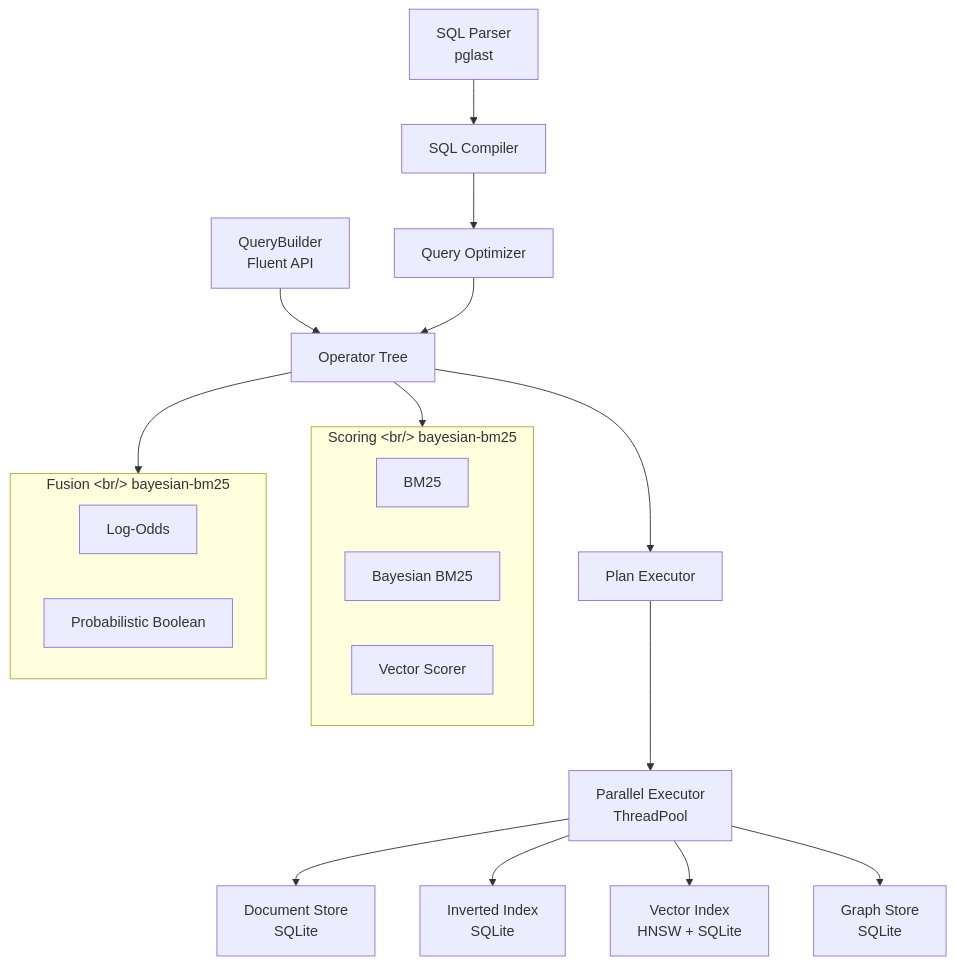
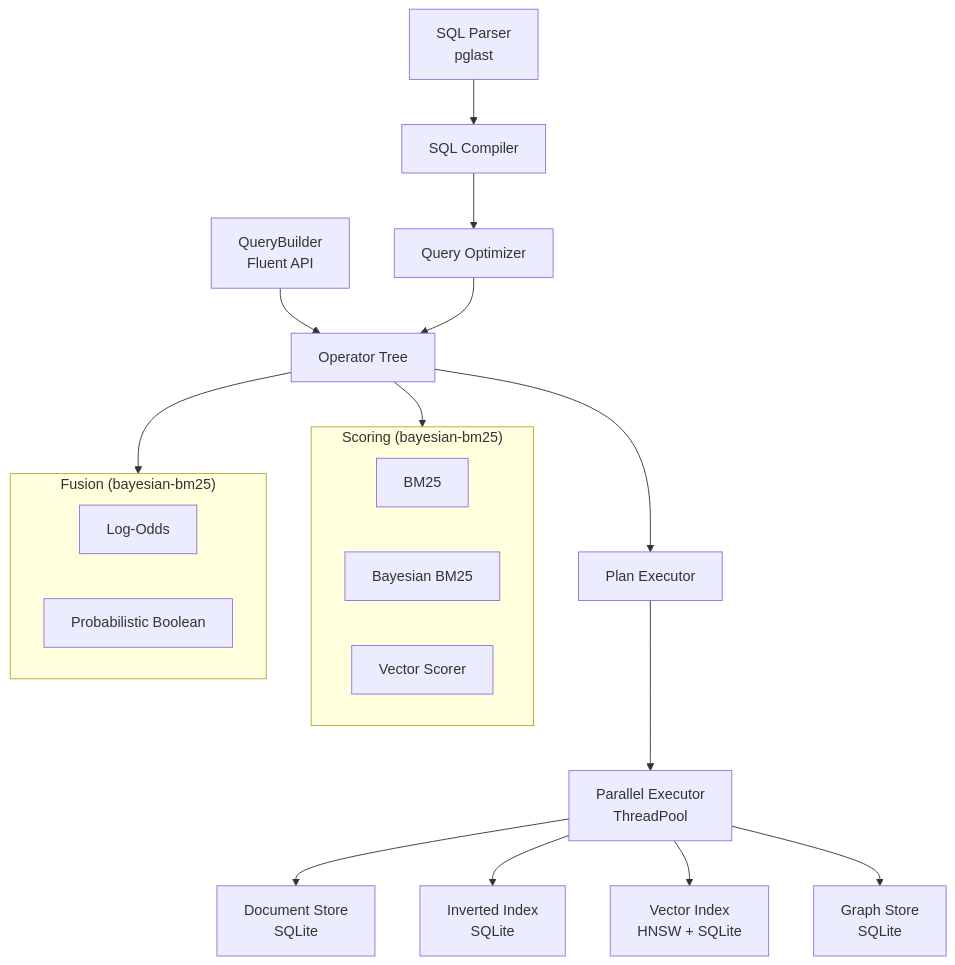
Before and after one commit to cognica-io/uqa: the diagram in README.md, drawn with Mermaid.

Commit message:
Fix mermaid subgraph labels: use quoted strings instead of HTML tags

````diff
--- a/README.md
+++ b/README.md
@@ -44,29 +44,29 @@
 ```mermaid
 graph TD
     SQL[SQL Parser<br/>pglast] --> Compiler[SQL Compiler]
     QB[QueryBuilder<br/>Fluent API] --> Operators
 
     Compiler --> Optimizer[Query Optimizer]
     Optimizer --> Operators[Operator Tree]
     Operators --> Executor[Plan Executor]
     Executor --> PAR[Parallel Executor<br/>ThreadPool]
 
     PAR --> DS[Document Store<br/>SQLite]
     PAR --> II[Inverted Index<br/>SQLite]
     PAR --> VI[Vector Index<br/>HNSW + SQLite]
     PAR --> GS[Graph Store<br/>SQLite]
 
-    subgraph Scoring [Scoring &lt;br/&gt; bayesian-bm25]
+    subgraph Scoring ["Scoring (bayesian-bm25)"]
         BM25[BM25]
         BBFS[Bayesian BM25]
         VS[Vector Scorer]
     end
 
-    subgraph Fusion [Fusion &lt;br/&gt; bayesian-bm25]
+    subgraph Fusion ["Fusion (bayesian-bm25)"]
         LO[Log-Odds]
         PB[Probabilistic Boolean]
     end
 
     Operators --> Scoring
     Operators --> Fusion
 ```
````
